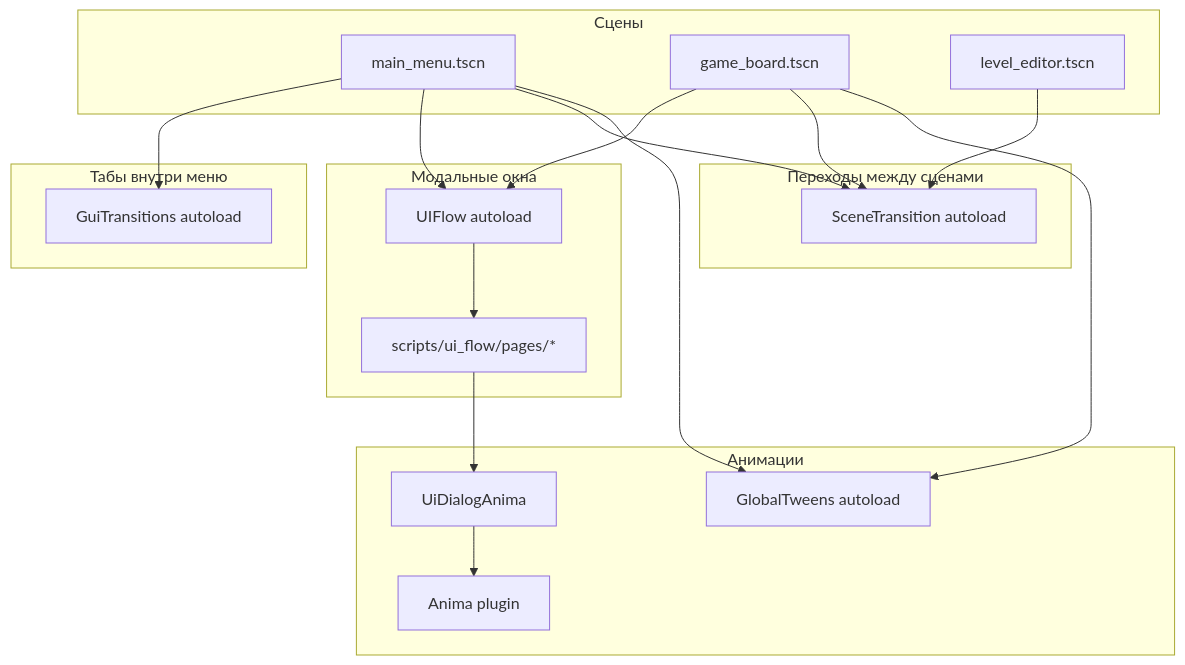
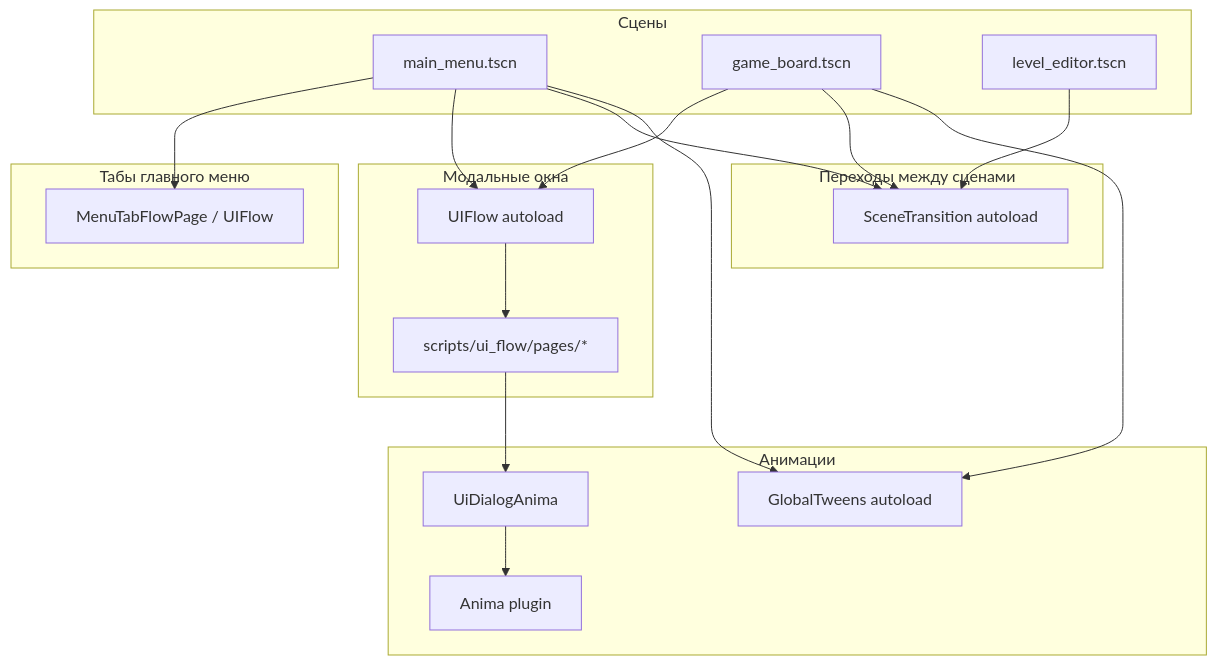
The diagram in docs/ui_framework.md (Fadeyin/Elemental_Blast), drawn with Mermaid before and after one commit. The commit also changed other lines of this file and 7 other files, not shown here.

First line of the commit message:
feat(ui): табы главного меню на UIFlow (MenuTabFlowPage)

````diff
--- a/docs/ui_framework.md
+++ b/docs/ui_framework.md
@@ -32,39 +32,39 @@
 ```mermaid
 flowchart TB
   subgraph scenes [Сцены]
     MM[main_menu.tscn]
     GB[game_board.tscn]
     LE[level_editor.tscn]
   end
 
   subgraph transitions [Переходы между сценами]
     ST[SceneTransition autoload]
   end
 
-  subgraph menu_tabs [Табы внутри меню]
-    GT[GuiTransitions autoload]
+  subgraph menu_tabs [Табы главного меню]
+    MT[MenuTabFlowPage / UIFlow]
   end
 
   subgraph modals [Модальные окна]
     UF[UIFlow autoload]
     Pages[scripts/ui_flow/pages/*]
   end
 
   subgraph anim [Анимации]
     UA[UiDialogAnima]
     AN[Anima plugin]
     GTW[GlobalTweens autoload]
   end
 
-  MM --> GT
+  MM --> MT
   MM --> UF
   GB --> UF
   UF --> Pages
   Pages --> UA
   UA --> AN
   MM --> ST
   GB --> ST
   LE --> ST
   GB --> GTW
   MM --> GTW
 ```
````
